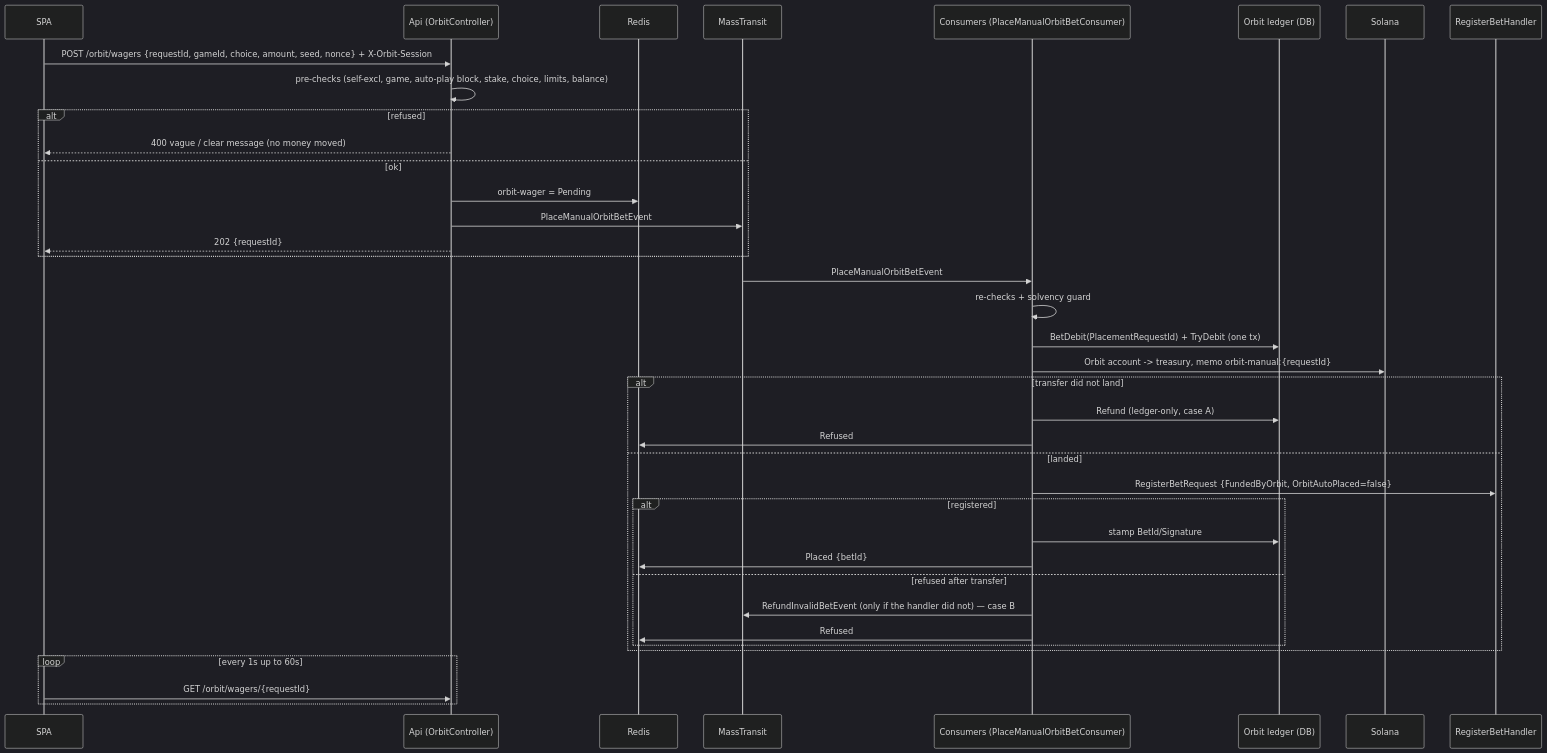
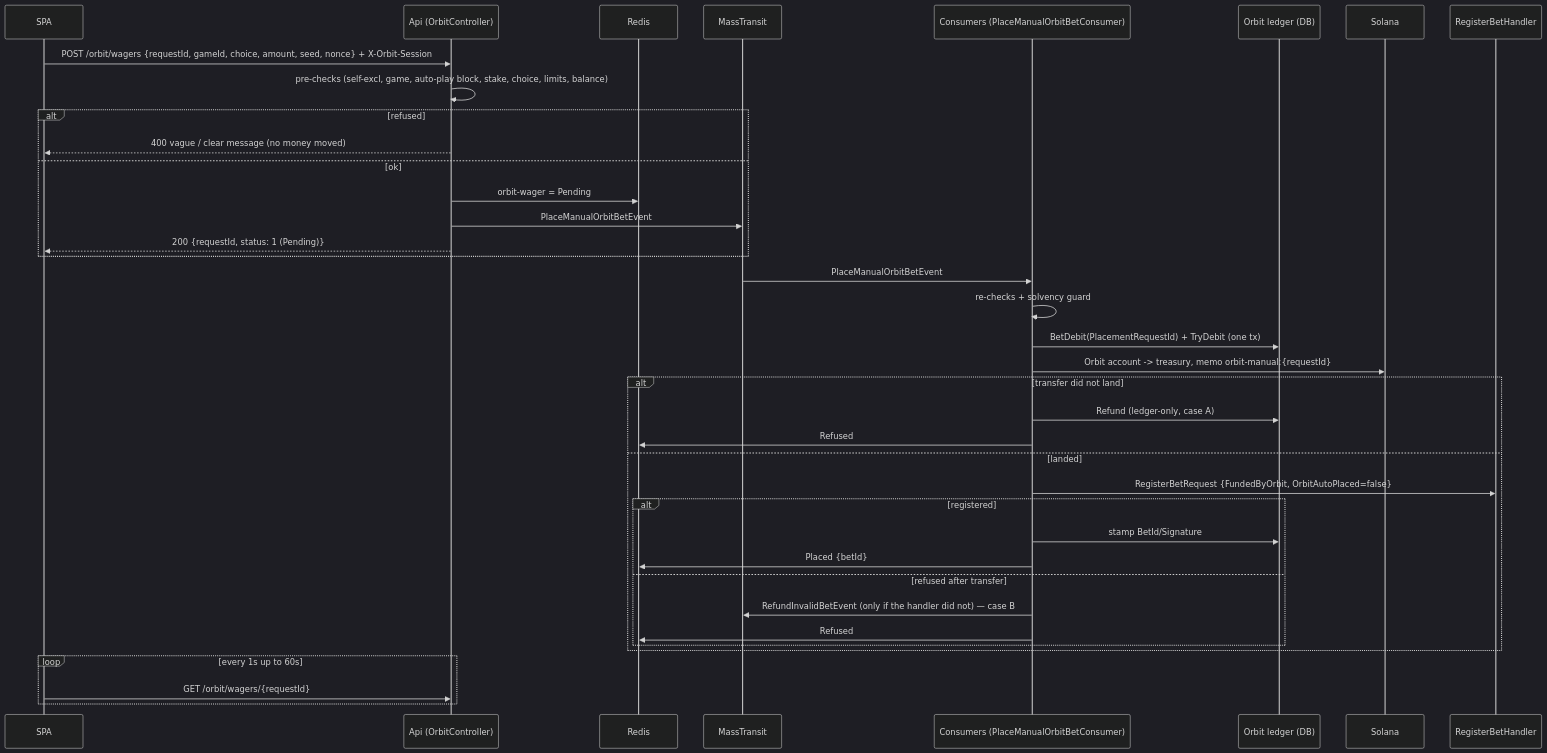
One commit to marcusruas/monkify-meta changed the diagram in specs/orbit-wallet.md. Above: the diagram before and after it, drawn with Mermaid (dark theme). The commit also changed other lines of this file, not shown here.

````diff
--- a/specs/orbit-wallet.md
+++ b/specs/orbit-wallet.md
@@ -542,41 +577,41 @@
 ```mermaid
 sequenceDiagram
   participant SPA
   participant API as Api (OrbitController)
   participant Redis
   participant Bus as MassTransit
   participant C as Consumers (PlaceManualOrbitBetConsumer)
   participant L as Orbit ledger (DB)
   participant Sol as Solana
   participant RB as RegisterBetHandler
 
   SPA->>API: POST /orbit/wagers {requestId, gameId, choice, amount, seed, nonce} + X-Orbit-Session
   API->>API: pre-checks (self-excl, game, auto-play block, stake, choice, limits, balance)
   alt refused
     API-->>SPA: 400 vague / clear message (no money moved)
   else ok
     API->>Redis: orbit-wager = Pending
     API->>Bus: PlaceManualOrbitBetEvent
-    API-->>SPA: 202 {requestId}
+    API-->>SPA: 200 {requestId, status: 1 (Pending)}
   end
   Bus->>C: PlaceManualOrbitBetEvent
   C->>C: re-checks + solvency guard
   C->>L: BetDebit(PlacementRequestId) + TryDebit (one tx)
   C->>Sol: Orbit account -> treasury, memo orbit-manual:{requestId}
   alt transfer did not land
     C->>L: Refund (ledger-only, case A)
     C->>Redis: Refused
   else landed
     C->>RB: RegisterBetRequest {FundedByOrbit, OrbitAutoPlaced=false}
     alt registered
       C->>L: stamp BetId/Signature
       C->>Redis: Placed {betId}
     else refused after transfer
       C->>Bus: RefundInvalidBetEvent (only if the handler did not) — case B
       C->>Redis: Refused
     end
   end
   loop every 1s up to 60s
     SPA->>API: GET /orbit/wagers/{requestId}
   end
 ```
````
